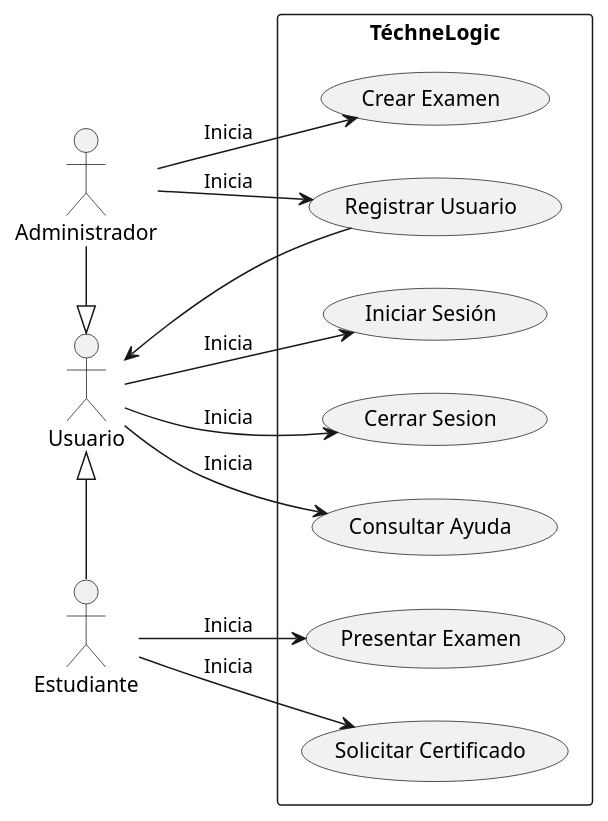
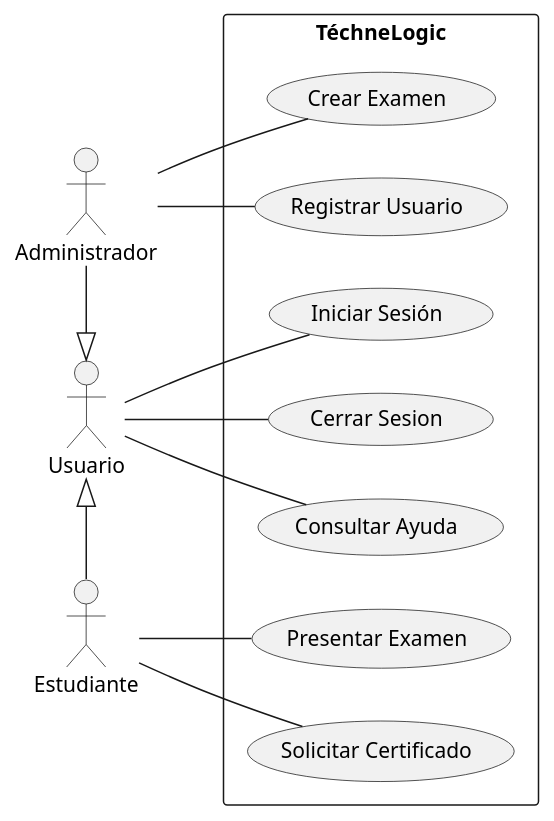
Before and after one commit to TheSProyect/Proyecto-IS-Grupo-1: the diagram in docs/scenariosView/UseCaseDiagram.plantuml, drawn with PlantUML. The commit also changed 4 other files, not shown here.

Commit message:
Cambios diagramas de casos de uso

```diff
--- a/docs/scenariosView/UseCaseDiagram.plantuml
+++ b/docs/scenariosView/UseCaseDiagram.plantuml
@@ -1,35 +1,34 @@
 @startuml 
 left to right direction
 
 actor "Administrador" as Admin
 actor "Estudiante" as Student
 actor "Usuario" as User
 
 rectangle TéchneLogic {
 usecase "Crear Examen" as CreateT
 usecase "Registrar Usuario" as Register
 usecase "Iniciar Sesión" as Login
 usecase "Cerrar Sesion" as Logout
 usecase "Consultar Ayuda" as Help
 usecase "Presentar Examen" as Test
 usecase "Solicitar Certificado" as Certify
 }
 
 User <|-l- Admin
 User <|-r- Student
 
-Admin --> CreateT : Inicia
+Admin -- CreateT
 
-Admin --> Register : Inicia
-User <-- Register
+Admin -- Register
 
-User --> Login : Inicia
-User --> Logout : Inicia
+User -- Login
+User -- Logout
 
-User --> Help : Inicia
+User -- Help
 
-Student --> Test : Inicia
+Student -- Test
 
-Student --> Certify : Inicia
+Student -- Certify
 
 @enduml
```
